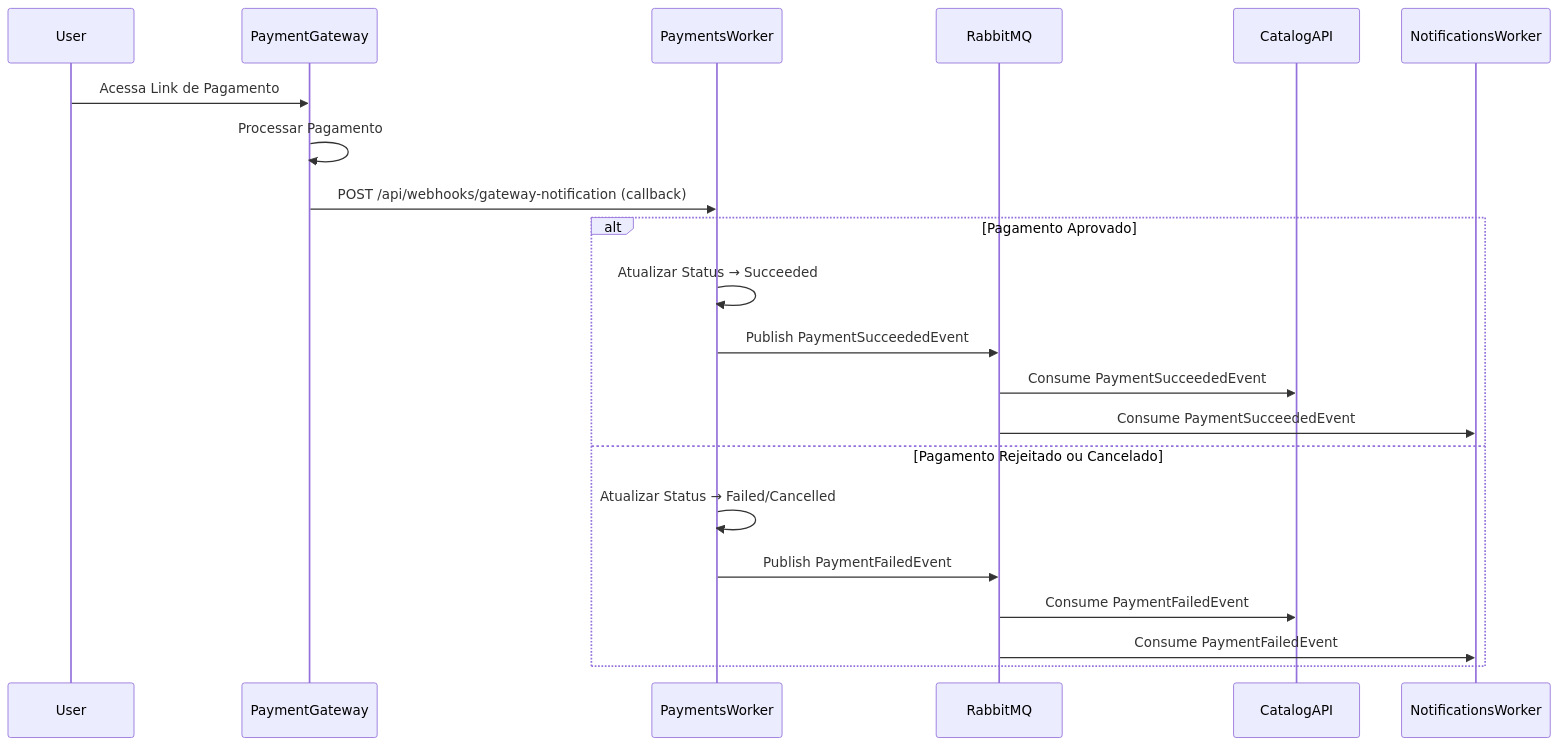
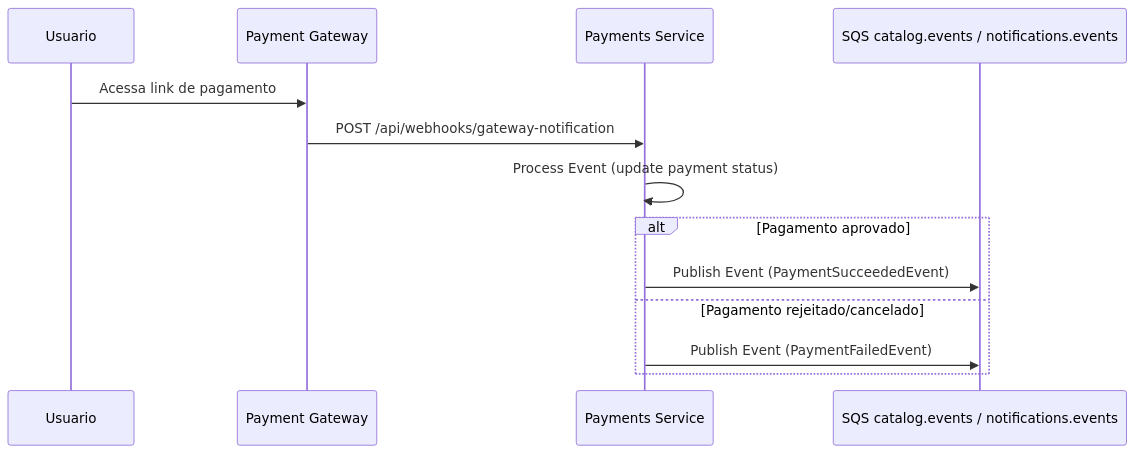
One commit to louresb/cloud-games-fase-3-payments changed the fourth of 5 diagrams in README.md. Above: the diagram before and after it, drawn with Mermaid. The commit also changed other lines of this file, not shown here.

````diff
--- a/README.md
+++ b/README.md
@@ -84,24 +116,16 @@
 ```mermaid
 sequenceDiagram
-    participant User
-    participant PaymentGateway
-    participant PaymentsWorker
-    participant RabbitMQ
-    participant CatalogAPI
-    participant NotificationsWorker
+    participant User as Usuario
+    participant Gateway as Payment Gateway
+    participant Payments as Payments Service
+    participant SQSEvents as SQS catalog.events / notifications.events
 
-    User->>PaymentGateway: Acessa Link de Pagamento
-    PaymentGateway->>PaymentGateway: Processar Pagamento
-    PaymentGateway->>PaymentsWorker: POST /api/webhooks/gateway-notification (callback)
-    alt Pagamento Aprovado
-        PaymentsWorker->>PaymentsWorker: Atualizar Status → Succeeded
-        PaymentsWorker->>RabbitMQ: Publish PaymentSucceededEvent
-        RabbitMQ->>CatalogAPI: Consume PaymentSucceededEvent
-        RabbitMQ->>NotificationsWorker: Consume PaymentSucceededEvent
-    else Pagamento Rejeitado ou Cancelado
-        PaymentsWorker->>PaymentsWorker: Atualizar Status → Failed/Cancelled
-        PaymentsWorker->>RabbitMQ: Publish PaymentFailedEvent
-        RabbitMQ->>CatalogAPI: Consume PaymentFailedEvent
-        RabbitMQ->>NotificationsWorker: Consume PaymentFailedEvent
+    User->>Gateway: Acessa link de pagamento
+    Gateway->>Payments: POST /api/webhooks/gateway-notification
+    Payments->>Payments: Process Event (update payment status)
+    alt Pagamento aprovado
+        Payments->>SQSEvents: Publish Event (PaymentSucceededEvent)
+    else Pagamento rejeitado/cancelado
+        Payments->>SQSEvents: Publish Event (PaymentFailedEvent)
     end
 ```
````
